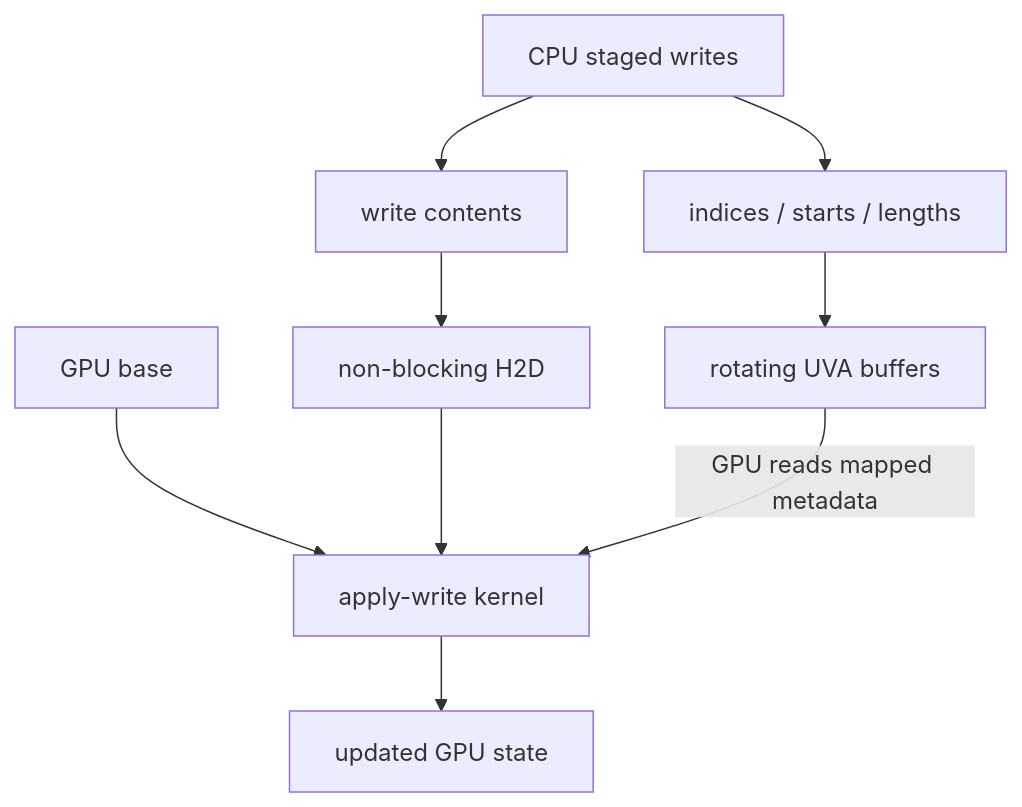
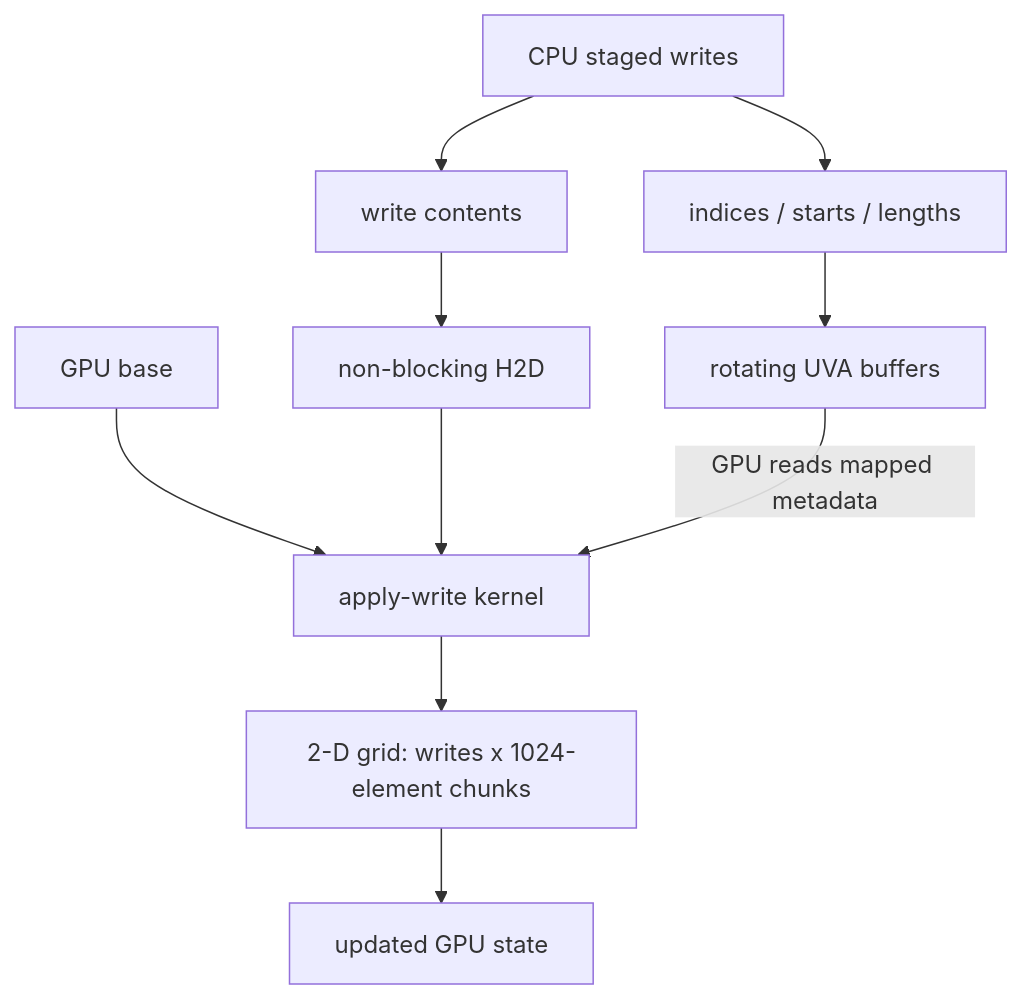
Diagram 23 of 43 in book/07-model-execution/README.md (cluster1900/vllm_reader), drawn with Mermaid before and after one commit. The commit also changed other lines of this file and 3 other files, not shown here.

````diff
--- a/book/07-model-execution/README.md
+++ b/book/07-model-execution/README.md
@@ -681,11 +801,12 @@
 ```mermaid
 flowchart TD
     BASE["GPU base"] --> APPLY["apply-write kernel"]
     DIFF["CPU staged writes"] --> PACK["write contents"]
     PACK --> COPY["non-blocking H2D"]
     COPY --> APPLY
     DIFF --> INDEX["indices / starts / lengths"]
     INDEX --> UVA["rotating UVA buffers"]
     UVA -->|GPU reads mapped metadata| APPLY
-    APPLY --> NEW["updated GPU state"]
+    APPLY --> GRID["2-D grid: writes x 1024-element chunks"]
+    GRID --> NEW["updated GPU state"]
 ```
````
